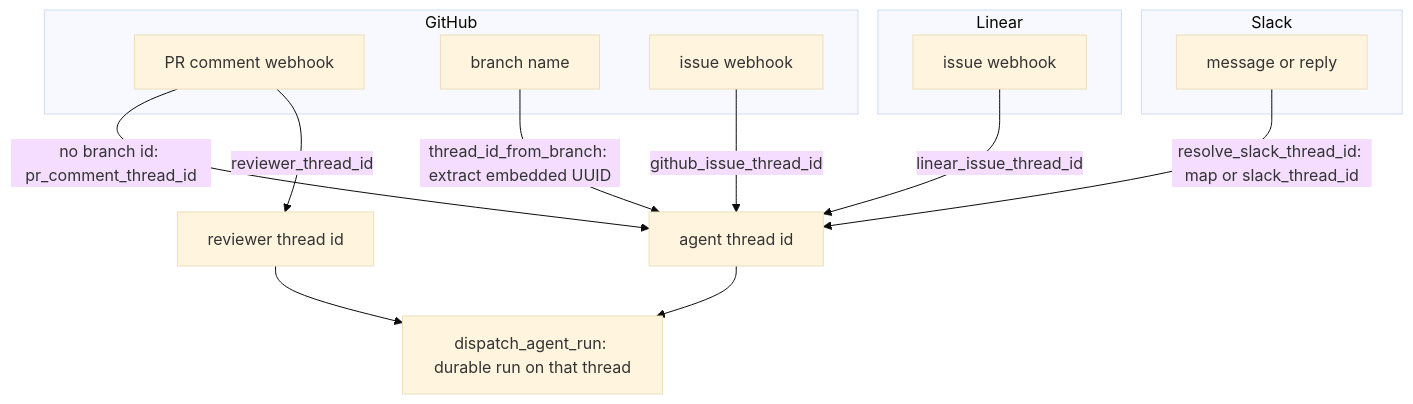
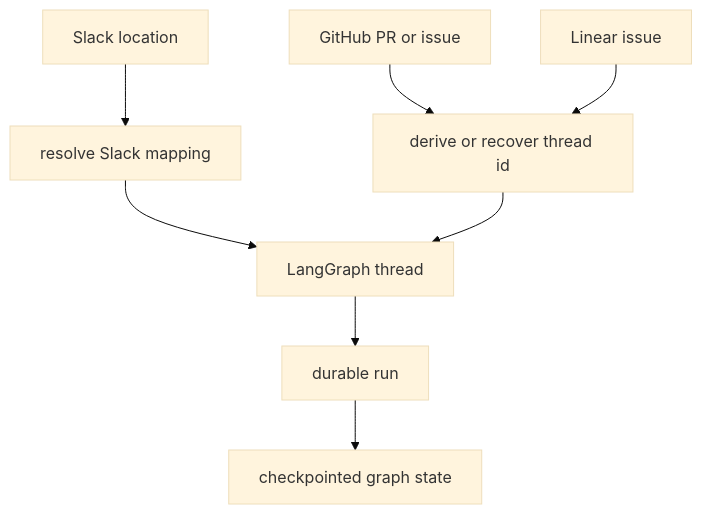
Before and after one commit to langchain-ai/open-swe: the first of 2 diagrams in openwiki/concepts/threads-and-state.md, drawn with Mermaid (base theme). The commit also changed other lines of this file and 52 other files, not shown here.

````diff
--- a/openwiki/concepts/threads-and-state.md
+++ b/openwiki/concepts/threads-and-state.md
@@ -99,24 +63,10 @@
 ```mermaid
 flowchart TD
-  subgraph GitHub
-    GHpr["PR comment webhook"]
-    GHbranch["branch name"]
-    GHissue["issue webhook"]
-  end
-  subgraph Linear
-    LNissue["issue webhook"]
-  end
-  subgraph Slack
-    SLmsg["message or reply"]
-  end
-
-  GHbranch -->|"thread_id_from_branch: extract embedded UUID"| TID["agent thread id"]
-  GHpr -->|"no branch id: pr_comment_thread_id"| TID
-  GHissue -->|"github_issue_thread_id"| TID
-  LNissue -->|"linear_issue_thread_id"| TID
-  SLmsg -->|"resolve_slack_thread_id: map or slack_thread_id"| TID
-  GHpr -->|"reviewer_thread_id"| RID["reviewer thread id"]
-
-  TID --> RUN["dispatch_agent_run: durable run on that thread"]
-  RID --> RUN
+  Slack["Slack location"] --> Resolve["resolve Slack mapping"]
+  GitHub["GitHub PR or issue"] --> Derive["derive or recover thread id"]
+  Linear["Linear issue"] --> Derive
+  Resolve --> Thread["LangGraph thread"]
+  Derive --> Thread
+  Thread --> Dispatch["durable run"]
+  Dispatch --> State["checkpointed graph state"]
 ```
````
